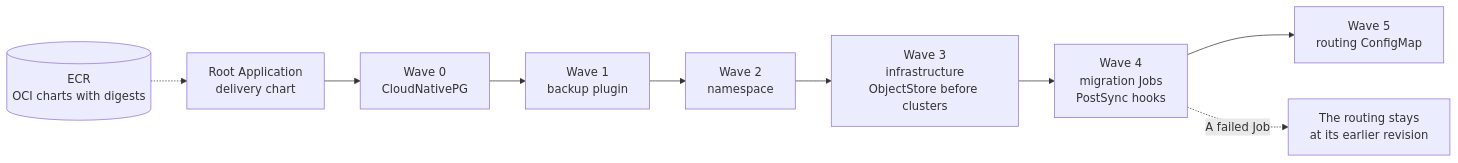
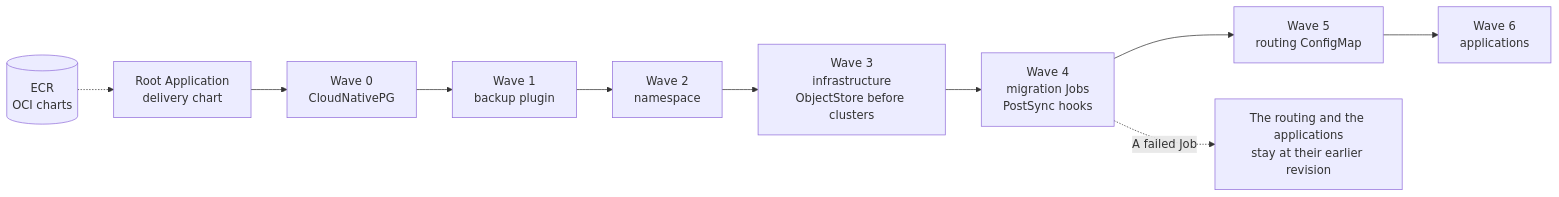
The eighth of 13 diagrams in microservices/shardshop/ARCHITECTURE.md (nklip/JavaCraft), drawn with Mermaid before and after one commit. The commit also changed other lines of this file and 40 other files, not shown here.

````diff
--- a/microservices/shardshop/ARCHITECTURE.md
+++ b/microservices/shardshop/ARCHITECTURE.md
@@ -413,11 +413,12 @@
 ```mermaid
 flowchart LR
-    Charts[("ECR<br/>OCI charts with digests")] -.-> Root["Root Application<br/>delivery chart"]
+    Charts[("ECR<br/>OCI charts")] -.-> Root["Root Application<br/>delivery chart"]
     Root --> W0["Wave 0<br/>CloudNativePG"]
     W0 --> W1["Wave 1<br/>backup plugin"]
     W1 --> W2["Wave 2<br/>namespace"]
     W2 --> W3["Wave 3<br/>infrastructure<br/>ObjectStore before clusters"]
     W3 --> W4["Wave 4<br/>migration Jobs<br/>PostSync hooks"]
     W4 --> W5["Wave 5<br/>routing ConfigMap"]
-    W4 -.->|"A failed Job"| Stop["The routing stays<br/>at its earlier revision"]
+    W5 --> W6["Wave 6<br/>applications"]
+    W4 -.->|"A failed Job"| Stop["The routing and the applications<br/>stay at their earlier revision"]
 ```
````
